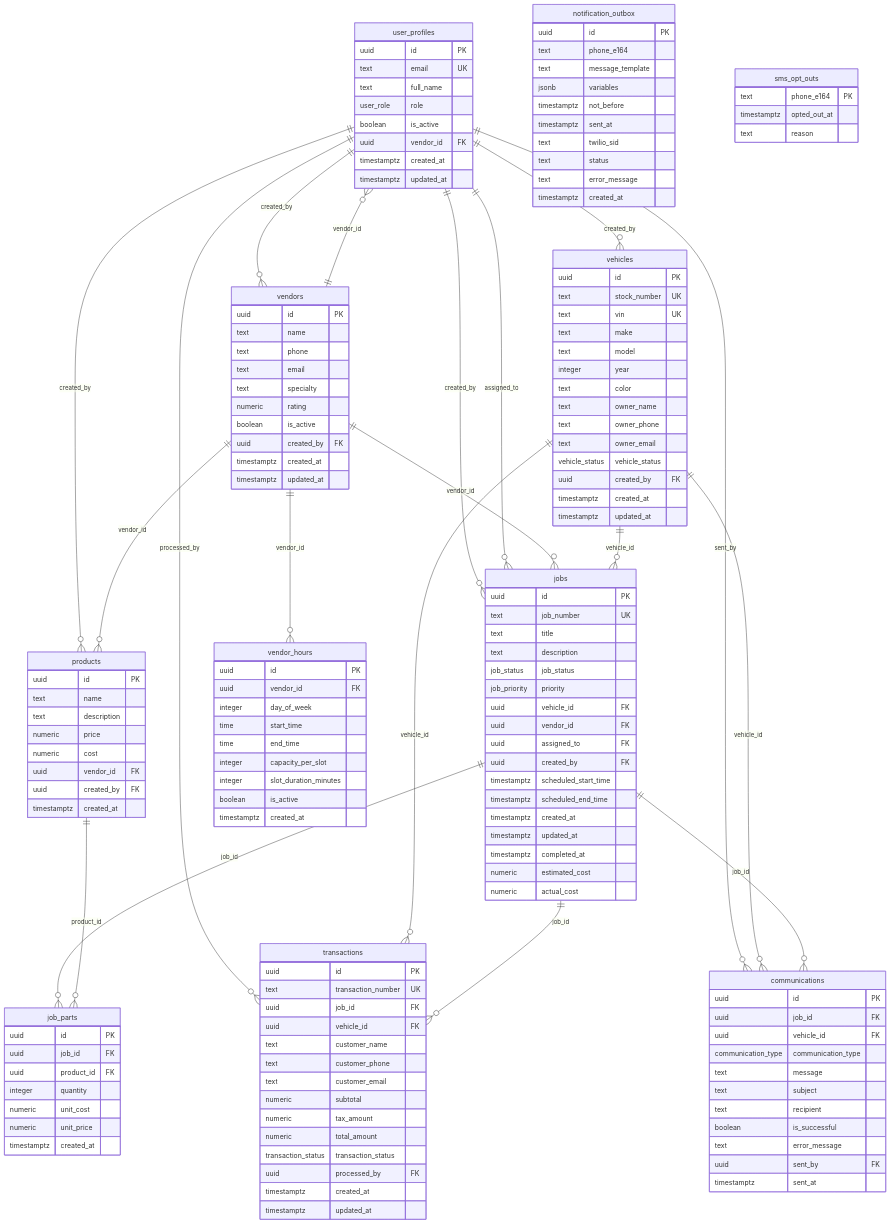
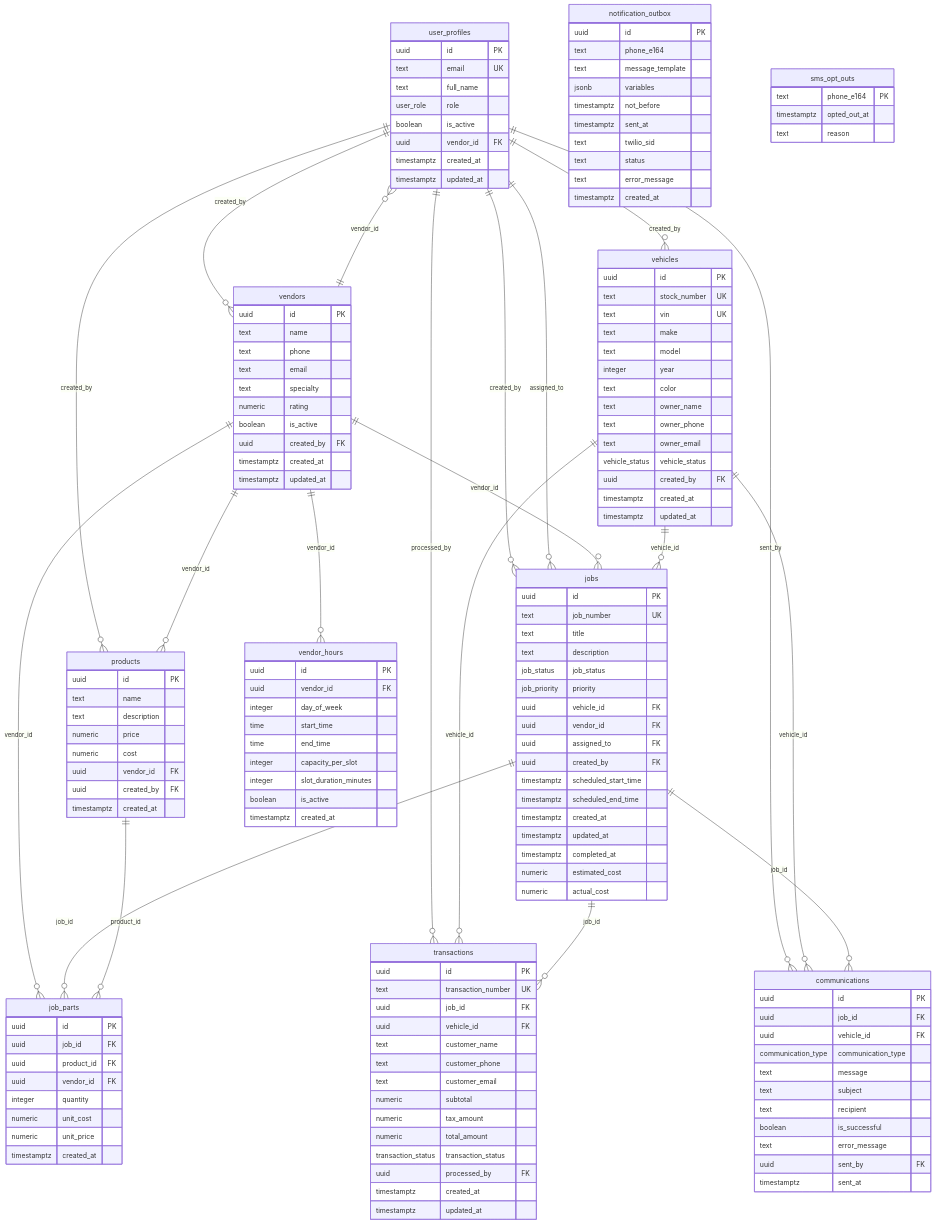
One commit to PriorityLexusVB/rocket_aftermarket_tracker changed the diagram in docs/ERD.md. Above: the diagram before and after it, drawn with Mermaid. The commit also changed 1 other file, not shown here.

Commit message:
Update documentation for per-line vendor support

```diff
--- a/docs/ERD.md
+++ b/docs/ERD.md
@@ -78,6 +78,7 @@
         uuid id PK
         uuid job_id FK
         uuid product_id FK
+        uuid vendor_id FK
         integer quantity
         numeric unit_cost
         numeric unit_price
@@ -158,6 +159,7 @@
     vendors ||--o{ user_profiles : "vendor_id"
     vendors ||--o{ jobs : "vendor_id"
     vendors ||--o{ products : "vendor_id"
+    vendors ||--o{ job_parts : "vendor_id"
     vendors ||--o{ vendor_hours : "vendor_id"
     
     vehicles ||--o{ jobs : "vehicle_id"
```
